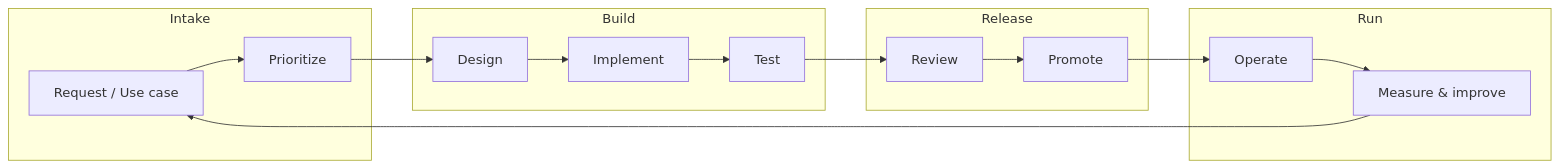
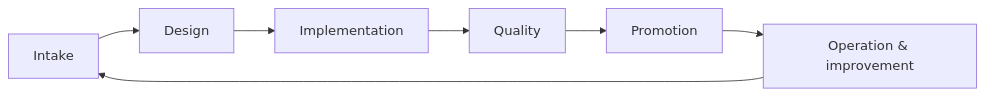
One commit to automationiberia/ai-auto-governance-as-code changed the diagram in automation-whitepaper/01-main-guide.md. Above: the diagram before and after it, drawn with Mermaid. The commit also changed other lines of this file and 24 other files, not shown here.

First line of the commit message:
Align governance docs and skills with ASL architecture PDF.

````diff
--- a/automation-whitepaper/01-main-guide.md
+++ b/automation-whitepaper/01-main-guide.md
@@ -48,20 +48,9 @@
 ```mermaid
 flowchart LR
-  subgraph intake [Intake]
-    A[Request / Use case] --> B[Prioritize]
-  end
-  subgraph build [Build]
-    B --> C[Design]
-    C --> D[Implement]
-    D --> E[Test]
-  end
-  subgraph release [Release]
-    E --> F[Review]
-    F --> G[Promote]
-  end
-  subgraph run [Run]
-    G --> H[Operate]
-    H --> I[Measure & improve]
-  end
-  I --> A
+  A[Intake] --> B[Design]
+  B --> C[Implementation]
+  C --> D[Quality]
+  D --> E[Promotion]
+  E --> F[Operation & improvement]
+  F --> A
 ```
````
